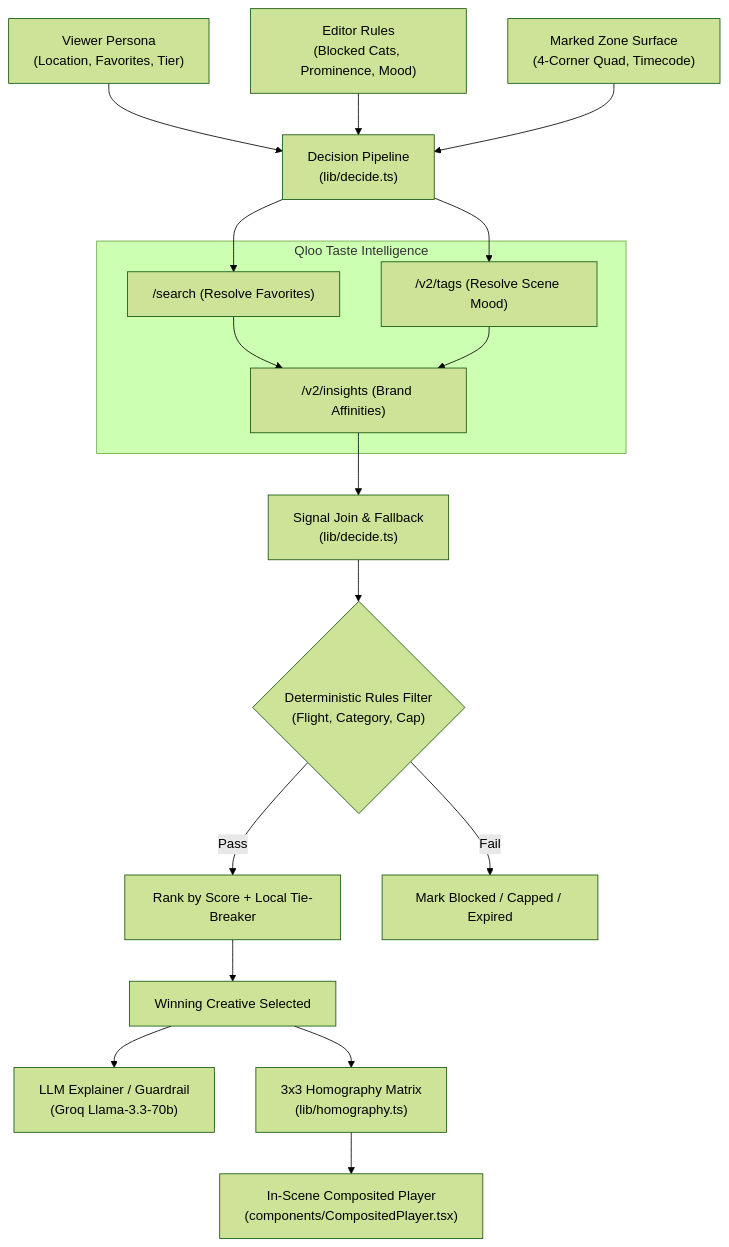
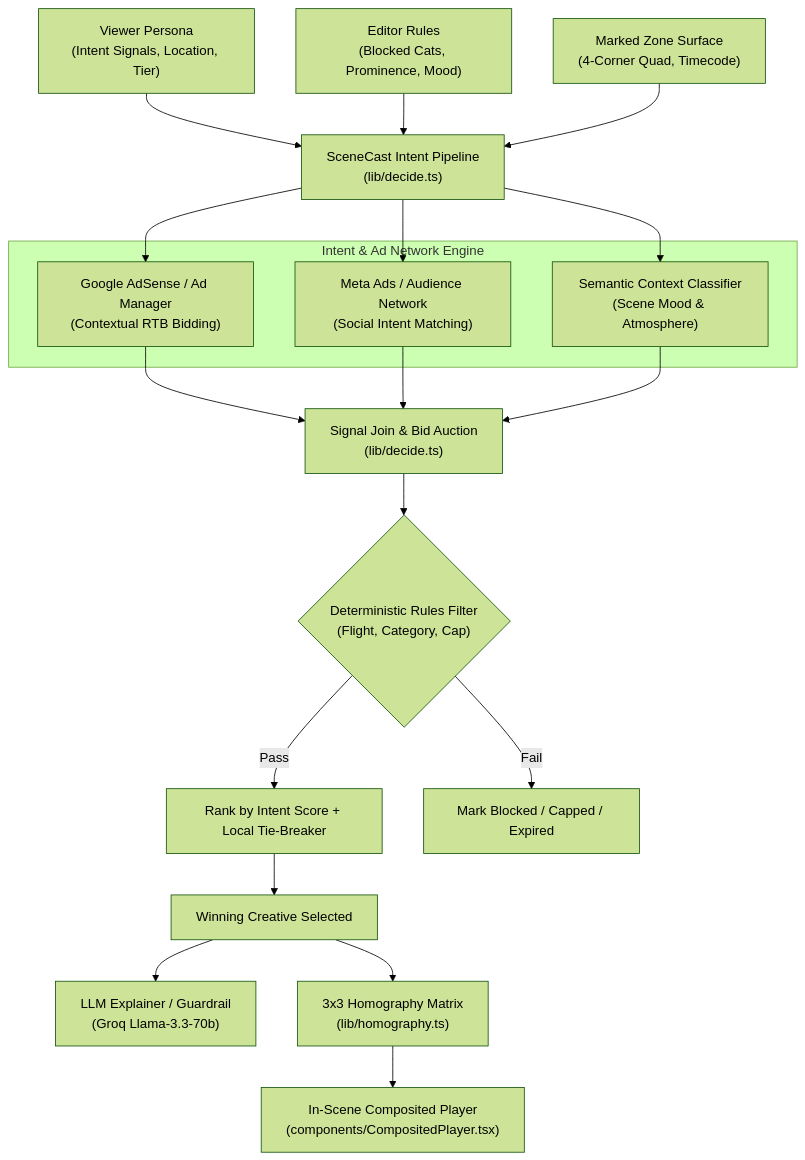
The first of 2 diagrams in README.md (Nandanhs006/AdVision), drawn with Mermaid (forest theme) before and after one commit. The commit also changed other lines of this file and 12 other files, not shown here.

Commit message:
feat: pivot positioning to SceneCast intent-based ads with Google AdSense & Meta Ads

````diff
--- a/README.md
+++ b/README.md
@@ -41,27 +28,29 @@
 ```mermaid
 flowchart TD
-    Viewer["Viewer Persona\n(Location, Favorites, Tier)"] --> Pipeline["Decision Pipeline\n(lib/decide.ts)"]
+    Viewer["Viewer Persona\n(Intent Signals, Location, Tier)"] --> Pipeline["SceneCast Intent Pipeline\n(lib/decide.ts)"]
     Editor["Editor Rules\n(Blocked Cats, Prominence, Mood)"] --> Pipeline
     Zone["Marked Zone Surface\n(4-Corner Quad, Timecode)"] --> Pipeline
 
-    subgraph QlooIntelligence ["Qloo Taste Intelligence"]
-        QSearch["/search (Resolve Favorites)"]
-        QTags["/v2/tags (Resolve Scene Mood)"]
-        QInsights["/v2/insights (Brand Affinities)"]
+    subgraph AdNetworks ["Intent & Ad Network Engine"]
+        AdSense["Google AdSense / Ad Manager\n(Contextual RTB Bidding)"]
+        MetaAds["Meta Ads / Audience Network\n(Social Intent Matching)"]
+        ContextClassifier["Semantic Context Classifier\n(Scene Mood & Atmosphere)"]
     end
 
-    Pipeline --> QSearch
-    Pipeline --> QTags
-    QSearch --> QInsights
-    QTags --> QInsights
-    QInsights --> Join["Signal Join & Fallback\n(lib/decide.ts)"]
+    Pipeline --> AdSense
+    Pipeline --> MetaAds
+    Pipeline --> ContextClassifier
+
+    AdSense --> Join["Signal Join & Bid Auction\n(lib/decide.ts)"]
+    MetaAds --> Join
+    ContextClassifier --> Join
 
     Join --> DeterministicRules{"Deterministic Rules Filter\n(Flight, Category, Cap)"}
-    DeterministicRules -->|Pass| Rank["Rank by Score + Local Tie-Breaker"]
+    DeterministicRules -->|Pass| Rank["Rank by Intent Score + Local Tie-Breaker"]
     DeterministicRules -->|Fail| Mark["Mark Blocked / Capped / Expired"]
 
     Rank --> Winner["Winning Creative Selected"]
     Winner --> LLM["LLM Explainer / Guardrail\n(Groq Llama-3.3-70b)"]
     Winner --> Homography["3x3 Homography Matrix\n(lib/homography.ts)"]
     Homography --> Player["In-Scene Composited Player\n(components/CompositedPlayer.tsx)"]
 ```
````
